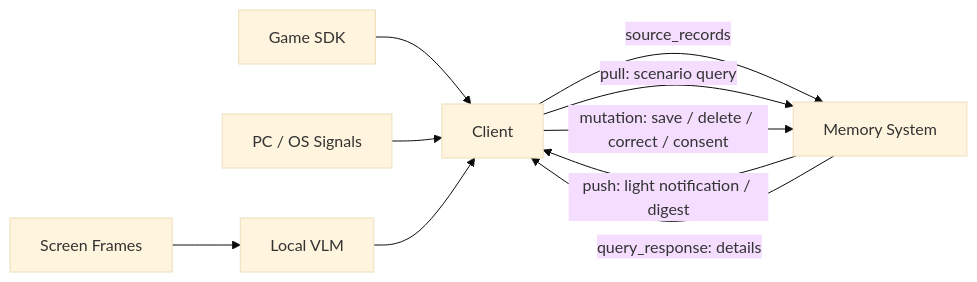
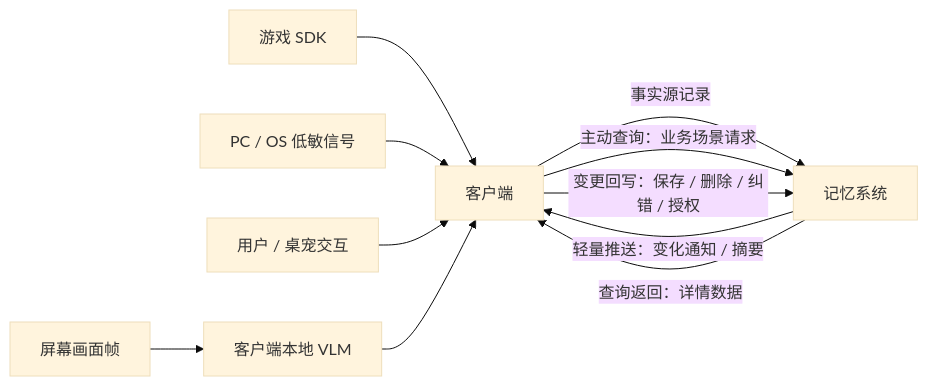
Before and after one commit to uu-yaya/ai-product-builder: the diagram in projects/desktop-pet/01-pm/branches/memory-dataset/DATA_FLOW_REQUIREMENT_SPECIFICATION.md, drawn with Mermaid (base theme). The commit also changed other lines of this file, not shown here.

Commit message:
edit projects/desktop-pet/01-pm/branches/memory-dataset/DATA_FLOW_REQUIREMENT_SPECIFICATION.md via md-canvas

````diff
--- a/projects/desktop-pet/01-pm/branches/memory-dataset/DATA_FLOW_REQUIREMENT_SPECIFICATION.md
+++ b/projects/desktop-pet/01-pm/branches/memory-dataset/DATA_FLOW_REQUIREMENT_SPECIFICATION.md
@@ -80,12 +80,14 @@
 ```mermaid
 flowchart LR
-  GameSDK["Game SDK"] --> Client["Client"]
-  PC["PC / OS Signals"] --> Client
-  Screen["Screen Frames"] --> LocalVLM["Local VLM"]
+  GameSDK["游戏 SDK"] --> Client["客户端"]
+  PC["PC / OS 低敏信号"] --> Client
+  UserPet["用户 / 桌宠交互"] --> Client
+  Screen["屏幕画面帧"] --> LocalVLM["客户端本地 VLM"]
   LocalVLM --> Client
-  Client -->|source_records| Memory["Memory System"]
-  Memory -->|push: light notification / digest| Client
-  Client -->|pull: scenario query| Memory
-  Memory -->|query_response: details| Client
-  Client -->|mutation: save / delete / correct / consent| Memory
+
+  Client -->|事实源记录| Memory["记忆系统"]
+  Memory -->|轻量推送：变化通知 / 摘要| Client
+  Client -->|主动查询：业务场景请求| Memory
+  Memory -->|查询返回：详情数据| Client
+  Client -->|变更回写：保存 / 删除 / 纠错 / 授权| Memory
 ```
````
